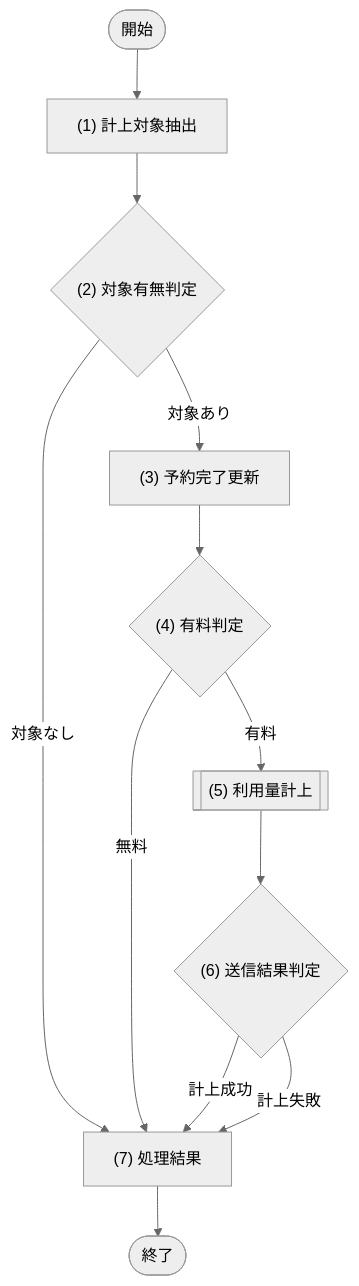
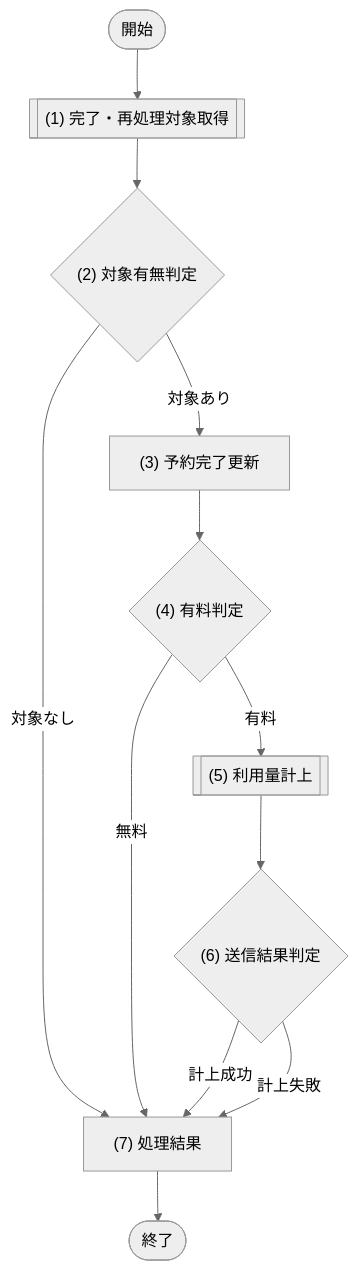
The diagram in docs/03_機能設計/05_JOB設計/JOB-002_利用量の従量課金計上.md (sikakou54/system-document-template), drawn with Mermaid (neutral theme) before and after one commit. The commit also changed other lines of this file and 55 other files, not shown here.

````diff
--- a/docs/03_機能設計/05_JOB設計/JOB-002_利用量の従量課金計上.md
+++ b/docs/03_機能設計/05_JOB設計/JOB-002_利用量の従量課金計上.md
@@ -33,20 +33,20 @@
 ```mermaid
 flowchart TD
   Start([開始])
-  P1["(1) 計上対象抽出"]
+  P1[["(1) 完了・再処理対象取得"]]
   D1{"(2) 対象有無判定"}
   P2["(3) 予約完了更新"]
   D2{"(4) 有料判定"}
   P3[["(5) 利用量計上"]]
   D3{"(6) 送信結果判定"}
   P4["(7) 処理結果"]
   End([終了])
 
   Start --> P1 --> D1
   D1 -- "対象なし" --> P4 --> End
   D1 -- "対象あり" --> P2 --> D2
   D2 -- "無料" --> P4
   D2 -- "有料" --> P3 --> D3
   D3 -- "計上成功" --> P4
   D3 -- "計上失敗" --> P4
 ```
````
